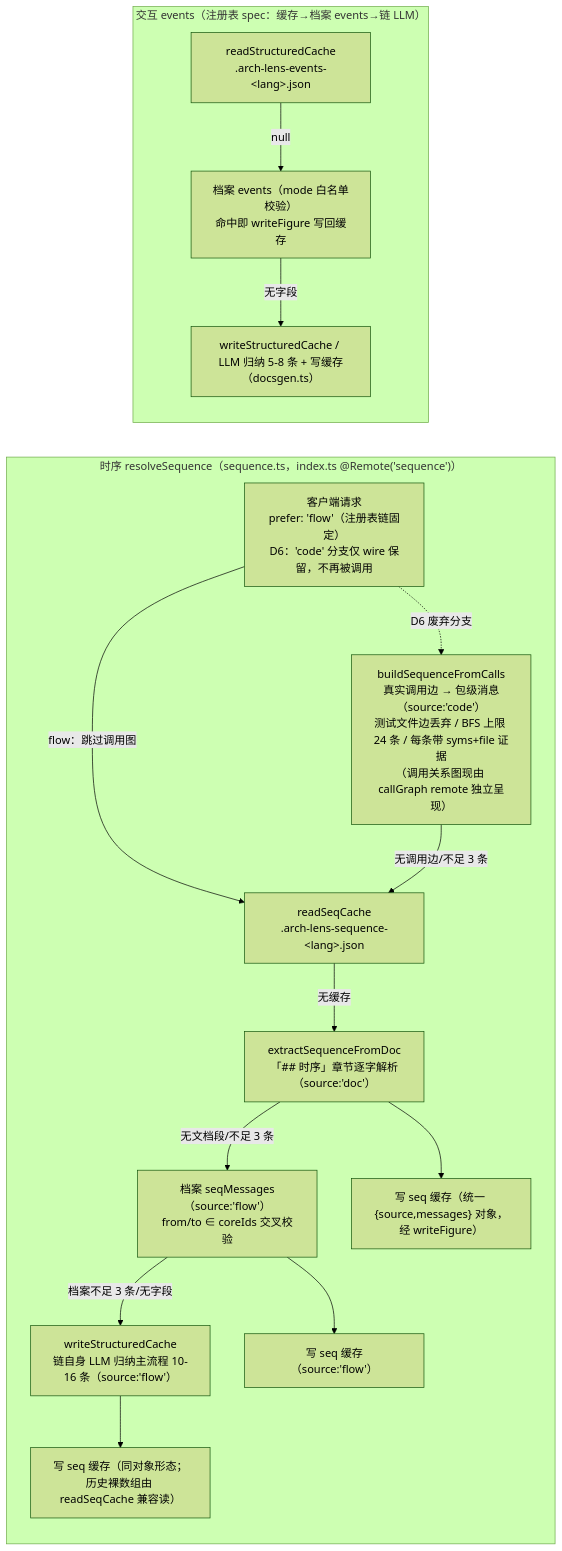
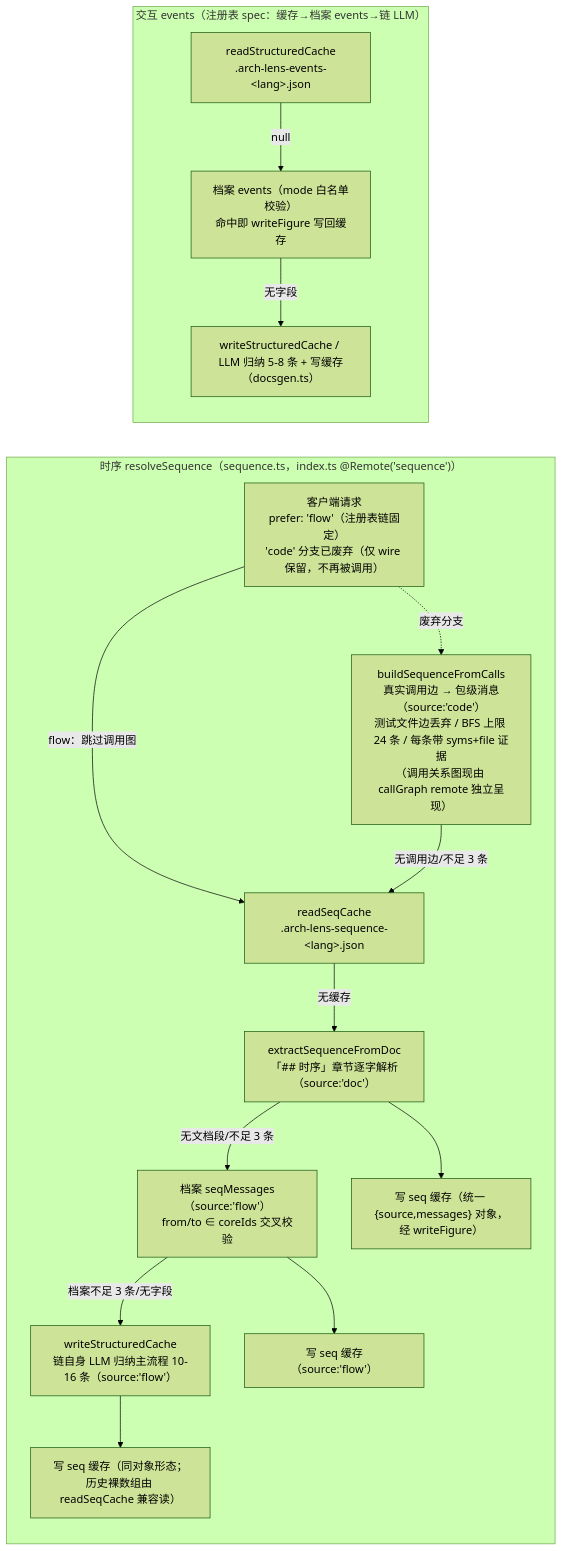
Before and after one commit to gwj001/arch-lens: the fifth of 13 diagrams in docs/arch-lens-diagrams.md, drawn with Mermaid (forest theme). The commit also changed other lines of this file and 1 other file, not shown here.

Commit message:
docs: 两份机制文档改为纯现状叙事——删除全部重构阶段编号(D1-D8/阶段0-5)与今昔对比：机制10/图13/验证表只留现值(冷启动2次/7,373字符/有文档0次)，§十二整节移除(重复于机制4/5/10，独有事实『缺省角度=event』并入附件表)，已删UI备注/『历史上…』『旧版…』『与旧行为一致』等对比措辞清零；废弃面(仅存wire)作为现状事实保留表述。节点ID D1/D2/D3非阶段号不动

````diff
--- a/docs/arch-lens-diagrams.md
+++ b/docs/arch-lens-diagrams.md
@@ -305,27 +304,27 @@
 ```mermaid
 flowchart LR
     subgraph SEQ_CHAIN["时序 resolveSequence（sequence.ts，index.ts @Remote('sequence')）"]
-        Q0["客户端请求<br/>prefer: 'flow'（注册表链固定）<br/>D6：'code' 分支仅 wire 保留，不再被调用"]
+        Q0["客户端请求<br/>prefer: 'flow'（注册表链固定）<br/>'code' 分支已废弃（仅 wire 保留，不再被调用）"]
         Q1["buildSequenceFromCalls<br/>真实调用边 → 包级消息（source:'code'）<br/>测试文件边丢弃 / BFS 上限 24 条 / 每条带 syms+file 证据<br/>（调用关系图现由 callGraph remote 独立呈现）"]
         Q2["readSeqCache<br/>.arch-lens-sequence-&lt;lang&gt;.json"]
         Q3["extractSequenceFromDoc<br/>「## 时序」章节逐字解析（source:'doc'）"]
         Q3P["档案 seqMessages（source:'flow'）<br/>from/to ∈ coreIds 交叉校验"]
         Q4["writeStructuredCache<br/>链自身 LLM 归纳主流程 10-16 条（source:'flow'）"]
-        Q0 -.->|"D6 废弃分支"| Q1
+        Q0 -.->|"废弃分支"| Q1
         Q0 -->|"flow：跳过调用图"| Q2
         Q1 -->|"无调用边/不足 3 条"| Q2
         Q2 -->|"无缓存"| Q3
         Q3 -->|"无文档段/不足 3 条"| Q3P
         Q3P -->|"档案不足 3 条/无字段"| Q4
         Q3 --> Q3C["写 seq 缓存（统一 {source,messages} 对象，经 writeFigure）"]
         Q3P --> Q3PC["写 seq 缓存（source:'flow'）"]
         Q4 --> Q4C["写 seq 缓存（同对象形态；历史裸数组由 readSeqCache 兼容读）"]
     end
     subgraph EVENTS_CHAIN["交互 events（注册表 spec：缓存→档案 events→链 LLM）"]
         E1["readStructuredCache<br/>.arch-lens-events-&lt;lang&gt;.json"]
         E1P["档案 events（mode 白名单校验）<br/>命中即 writeFigure 写回缓存"]
         E2["writeStructuredCache / LLM 归纳 5-8 条 + 写缓存（docsgen.ts）"]
         E1 -->|"null"| E1P
         E1P -->|"无字段"| E2
     end
 ```
````
